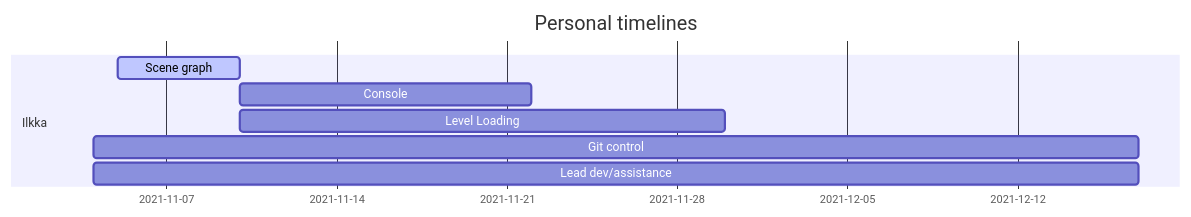
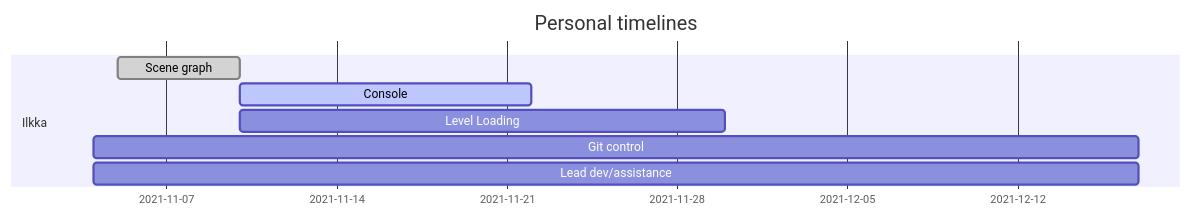
Before and after one commit to IlkkaTakala/Eril-Engine: the second of 8 diagrams in docs/ProjectPlan.md, drawn with Mermaid. The commit also changed other lines of this file, not shown here.

Commit message:
Changed timelines, added new member

````diff
--- a/docs/ProjectPlan.md
+++ b/docs/ProjectPlan.md
@@ -63,12 +64,12 @@
 ```mermaid
 gantt
 dateFormat  DD-MM
 title Personal timelines
 
 section Ilkka
-Scene graph             :active,  ides1, 05-11, 5d
-Console                 :         ides2, after ides1, 12d
+Scene graph             :done  ,  ides1, 05-11, 5d
+Console                 :active,  ides2, after ides1, 12d
 Level Loading           :         ides5, after ides1, 20d
 Git control             :         ides3, 04-11, 17-12
 Lead dev/assistance     :         ides4, 04-11, 17-12
 ```
````
